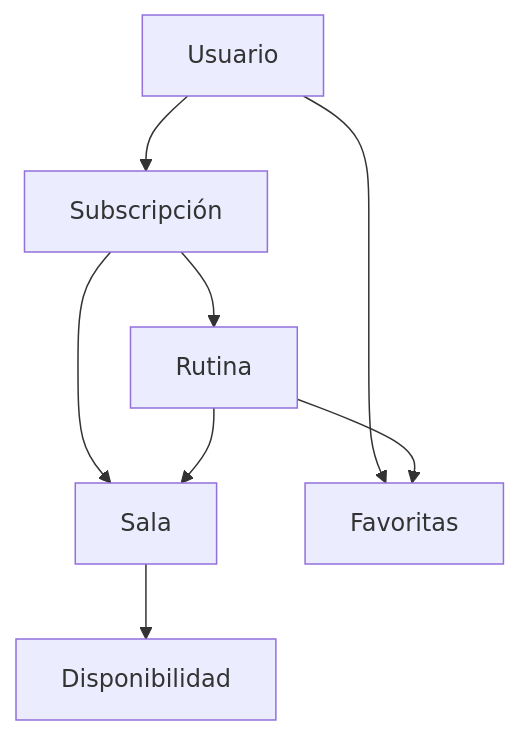
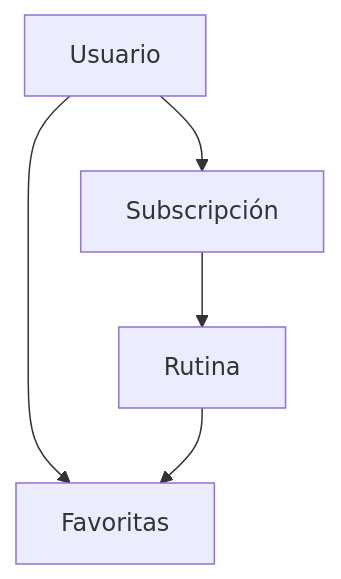
Before and after one commit to ececsro/gym-tool: the diagram in README.md, drawn with Mermaid. The commit also changed other lines of this file, not shown here.

````diff
--- a/README.md
+++ b/README.md
@@ -20,10 +21,7 @@
 ```mermaid
 graph TD;
     Usuario-->Subscripción;
-    Subscripción-->Sala;
-    Sala-->Disponibilidad;
     Subscripción-->Rutina;
     Usuario-->Favoritas;
     Rutina-->Favoritas;
-    Rutina-->Sala;
 ```
````
